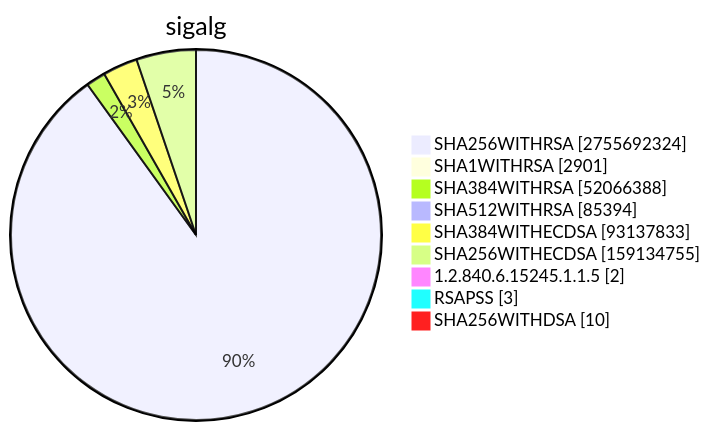
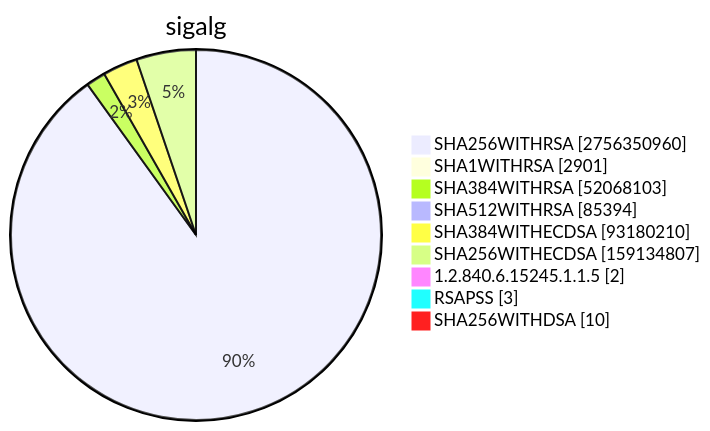
Diagram 15 of 15 in TOTAL/README.md (christiankrug/ctmonitor_visualization), drawn with Mermaid before and after one commit. The commit also changed other lines of this file, not shown here.

````diff
--- a/TOTAL/README.md
+++ b/TOTAL/README.md
@@ -6205,13 +6205,13 @@
 ```mermaid
 pie showData
 title sigalg
-"SHA256WITHRSA" :2755692324
+"SHA256WITHRSA" :2756350960
 "SHA1WITHRSA" :2901
-"SHA384WITHRSA" :52066388
+"SHA384WITHRSA" :52068103
 "SHA512WITHRSA" :85394
-"SHA384WITHECDSA" :93137833
-"SHA256WITHECDSA" :159134755
+"SHA384WITHECDSA" :93180210
+"SHA256WITHECDSA" :159134807
 "1.2.840.6.15245.1.1.5" :2
 "RSAPSS" :3
 "SHA256WITHDSA" :10
 ```
````
